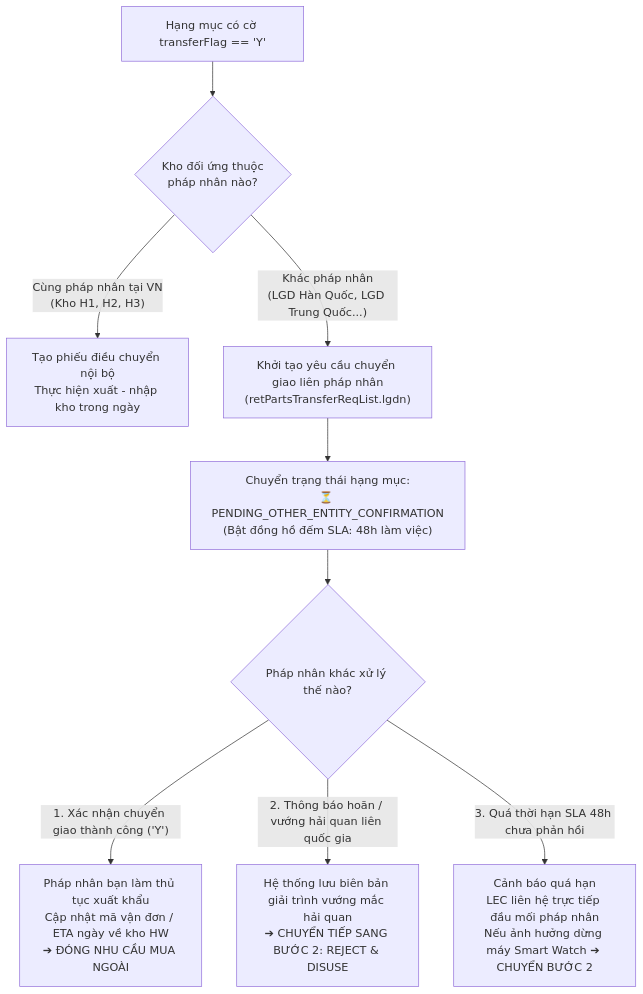
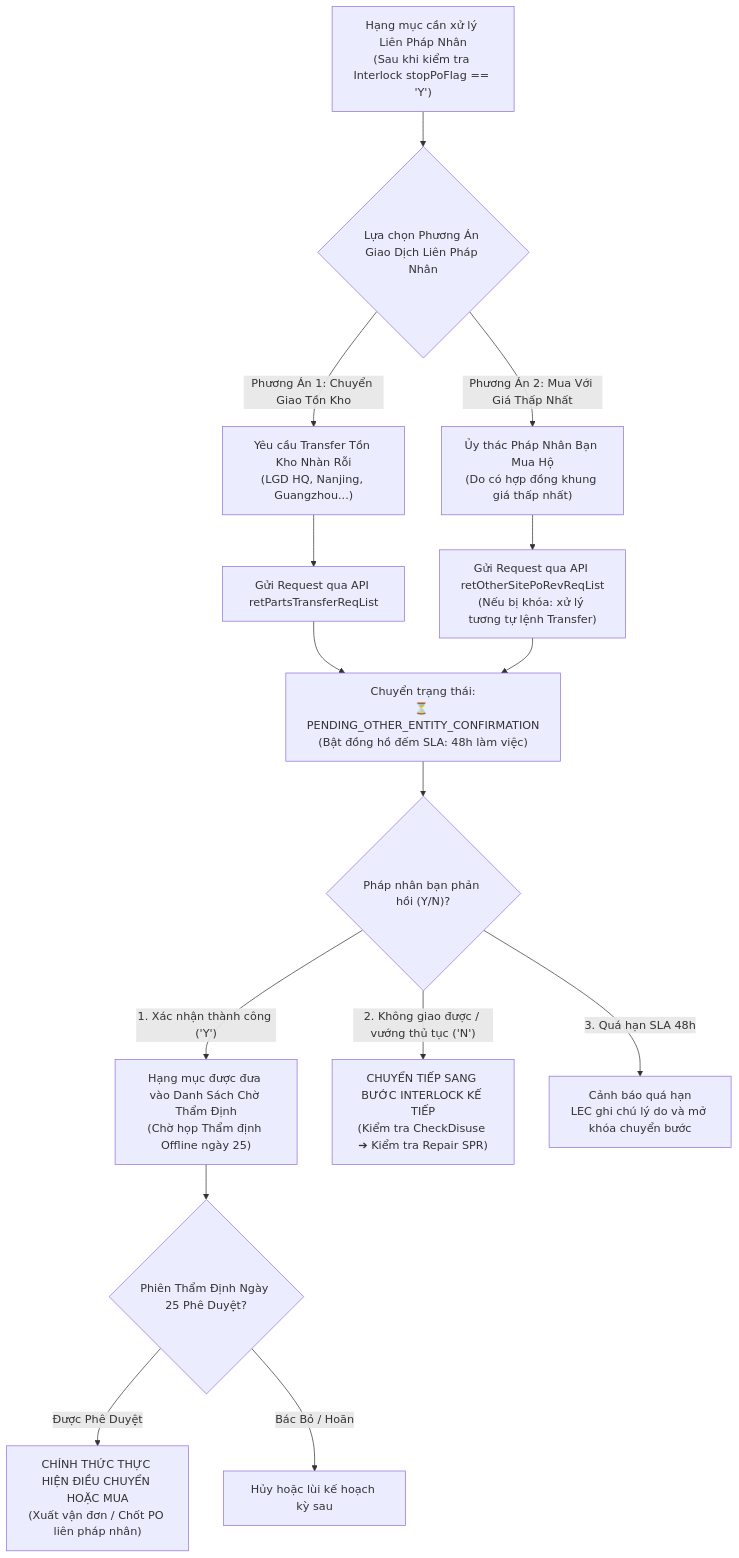
The diagram in procurement-system/06-process-workflows-and-diagrams/02-inter-entity-transfer-workflow.md (longphamduc-vn/ops-workflow), drawn with Mermaid before and after one commit. The commit also changed other lines of this file and 27 other files, not shown here.

Commit message:
feat(procurement-system): comprehensive overhaul of role interfaces, ebom drag-drop, rfq exceptions, inter-entity transfer, and no-rollover budget

````diff
--- a/procurement-system/06-process-workflows-and-diagrams/02-inter-entity-transfer-workflow.md
+++ b/procurement-system/06-process-workflows-and-diagrams/02-inter-entity-transfer-workflow.md
@@ -5,18 +8,26 @@
 ```mermaid
 flowchart TD
-    Start["Hạng mục có cờ transferFlag == 'Y'"] --> CheckEntity{"Kho đối ứng thuộc\npháp nhân nào?"}
+    Start["Hạng mục cần xử lý Liên Pháp Nhân\n(Sau khi kiểm tra Interlock stopPoFlag == 'Y')"] --> SelectRoute{"Lựa chọn Phương Án Giao Dịch Liên Pháp Nhân"}
     
-    CheckEntity -->|"Cùng pháp nhân tại VN\n(Kho H1, H2, H3)"| IntraTransfer["Tạo phiếu điều chuyển nội bộ\nThực hiện xuất - nhập kho trong ngày"]
+    SelectRoute -->|"Phương Án 1: Chuyển Giao Tồn Kho"| TransferRoute["Yêu cầu Transfer Tồn Kho Nhàn Rỗi\n(LGD HQ, Nanjing, Guangzhou...)"]
+    SelectRoute -->|"Phương Án 2: Mua Với Giá Thấp Nhất"| BuyCheapRoute["Ủy thác Pháp Nhân Bạn Mua Hộ\n(Do có hợp đồng khung giá thấp nhất)"]
     
-    CheckEntity -->|"Khác pháp nhân\n(LGD Hàn Quốc, LGD Trung Quốc...)"| InterEntity["Khởi tạo yêu cầu chuyển giao liên pháp nhân\n(retPartsTransferReqList.lgdn)"]
+    TransferRoute --> SendReq1["Gửi Request qua API retPartsTransferReqList"]
+    BuyCheapRoute --> SendReq2["Gửi Request qua API retOtherSitePoRevReqList\n(Nếu bị khóa: xử lý tương tự lệnh Transfer)"]
     
-    InterEntity --> StatusWait["Chuyển trạng thái hạng mục:\n⏳ PENDING_OTHER_ENTITY_CONFIRMATION\n(Bật đồng hồ đếm SLA: 48h làm việc)"]
+    SendReq1 --> StatusWait["Chuyển trạng thái:\n⏳ PENDING_OTHER_ENTITY_CONFIRMATION\n(Bật đồng hồ đếm SLA: 48h làm việc)"]
+    SendReq2 --> StatusWait
     
-    StatusWait --> WaitConfirm{"Pháp nhân khác xử lý thế nào?"}
+    StatusWait --> WaitConfirm{"Pháp nhân bạn phản hồi (Y/N)?"}
     
-    WaitConfirm -->|"1. Xác nhận chuyển giao thành công ('Y')"| Success["Pháp nhân bạn làm thủ tục xuất khẩu\nCập nhật mã vận đơn / ETA ngày về kho HW\n➔ ĐÓNG NHU CẦU MUA NGOÀI"]
+    WaitConfirm -->|"1. Xác nhận thành công ('Y')"| PassHold["Hạng mục được đưa vào Danh Sách Chờ Thẩm Định\n(Chờ họp Thẩm định Offline ngày 25)"]
     
-    WaitConfirm -->|"2. Thông báo hoãn / vướng hải quan liên quốc gia"| Delayed["Hệ thống lưu biên bản giải trình vướng mắc hải quan\n➔ CHUYỂN TIẾP SANG BƯỚC 2: REJECT & DISUSE"]
+    WaitConfirm -->|"2. Không giao được / vướng thủ tục ('N')"| StepNext["CHUYỂN TIẾP SANG BƯỚC INTERLOCK KẾ TIẾP\n(Kiểm tra CheckDisuse ➔ Kiểm tra Repair SPR)"]
     
-    WaitConfirm -->|"3. Quá thời hạn SLA 48h chưa phản hồi"| Timeout["Cảnh báo quá hạn\nLEC liên hệ trực tiếp đầu mối pháp nhân\nNếu ảnh hưởng dừng máy Smart Watch ➔ CHUYỂN BƯỚC 2"]
+    WaitConfirm -->|"3. Quá hạn SLA 48h"| Timeout["Cảnh báo quá hạn\nLEC ghi chú lý do và mở khóa chuyển bước"]
+    
+    PassHold --> AuditDay25{"Phiên Thẩm Định Ngày 25 Phê Duyệt?"}
+    
+    AuditDay25 -->|"Được Phê Duyệt"| ExecAction["CHÍNH THỨC THỰC HIỆN ĐIỀU CHUYỂN HOẶC MUA\n(Xuất vận đơn / Chốt PO liên pháp nhân)"]
+    AuditDay25 -->|"Bác Bỏ / Hoãn"| CancelAction["Hủy hoặc lùi kế hoạch kỳ sau"]
 ```
````
